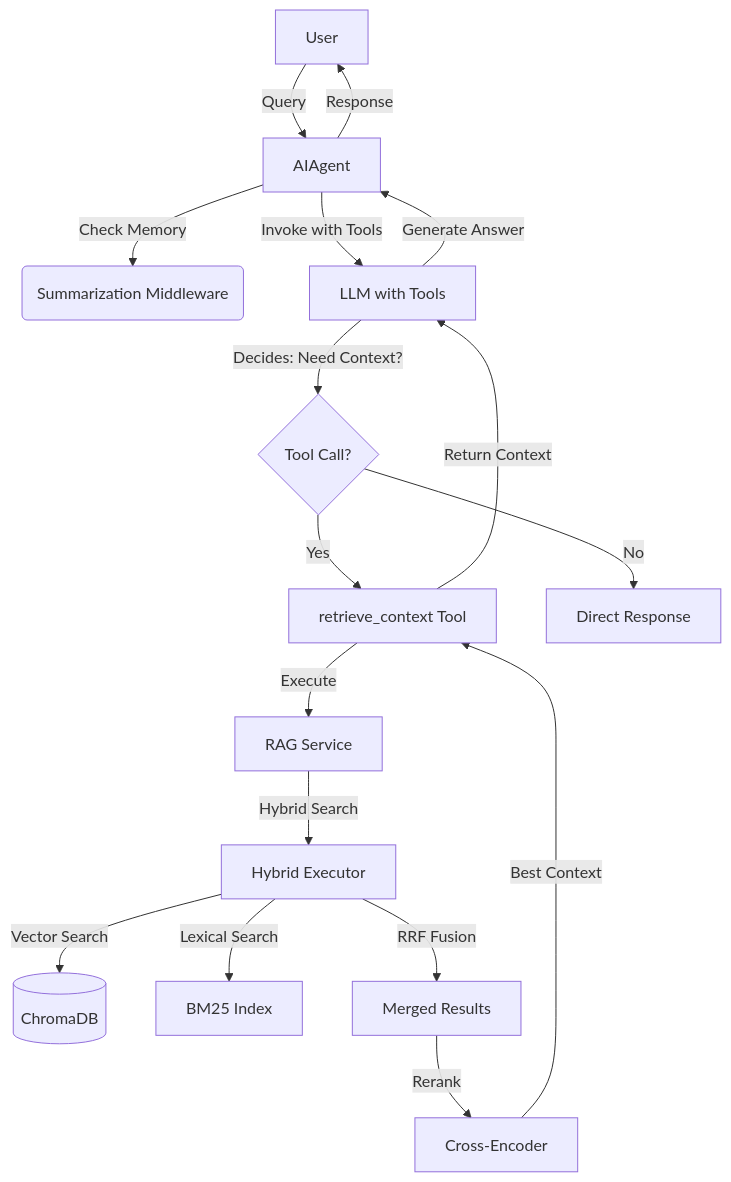
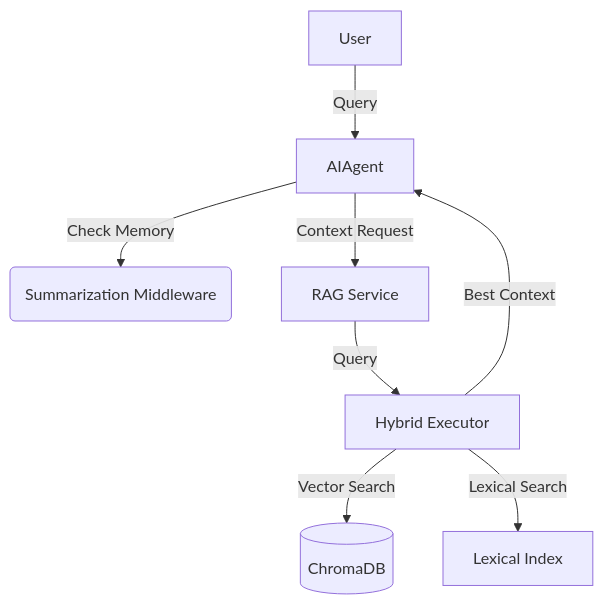
One commit to frbelotto/PokeConsultor changed the diagram in README.md. Above: the diagram before and after it, drawn with Mermaid. The commit also changed other lines of this file and 21 other files, not shown here.

````diff
--- a/README.md
+++ b/README.md
@@ -53,19 +50,10 @@
 ```mermaid
 graph TD
     A[User] -->|Query| B[AIAgent]
     B -->|Check Memory| C(Summarization Middleware)
-    B -->|Invoke with Tools| D[LLM with Tools]
-    D -->|Decides: Need Context?| E{Tool Call?}
-    E -->|Yes| F[retrieve_context Tool]
-    E -->|No| G[Direct Response]
-    F -->|Execute| H[RAG Service]
-    H -->|Hybrid Search| I[Hybrid Executor]
-    I -->|Vector Search| J[(ChromaDB)]
-    I -->|Lexical Search| K[BM25 Index]
-    I -->|RRF Fusion| L[Merged Results]
-    L -->|Rerank| M[Cross-Encoder]
-    M -->|Best Context| F
-    F -->|Return Context| D
-    D -->|Generate Answer| B
-    B -->|Response| A
+    B -->|Context Request| D[RAG Service]
+   D -->|Query| F[Hybrid Executor]
+    F -->|Vector Search| G[(ChromaDB)]
+   F -->|Lexical Search| H[Lexical Index]
+   F -->|Best Context| B
 ```
````
